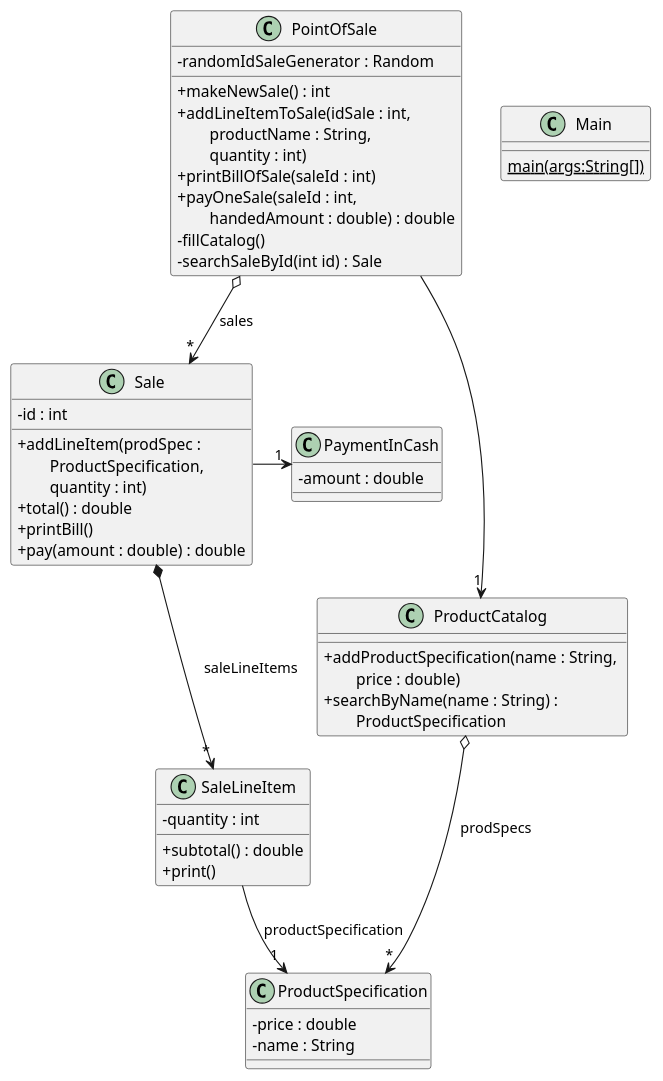
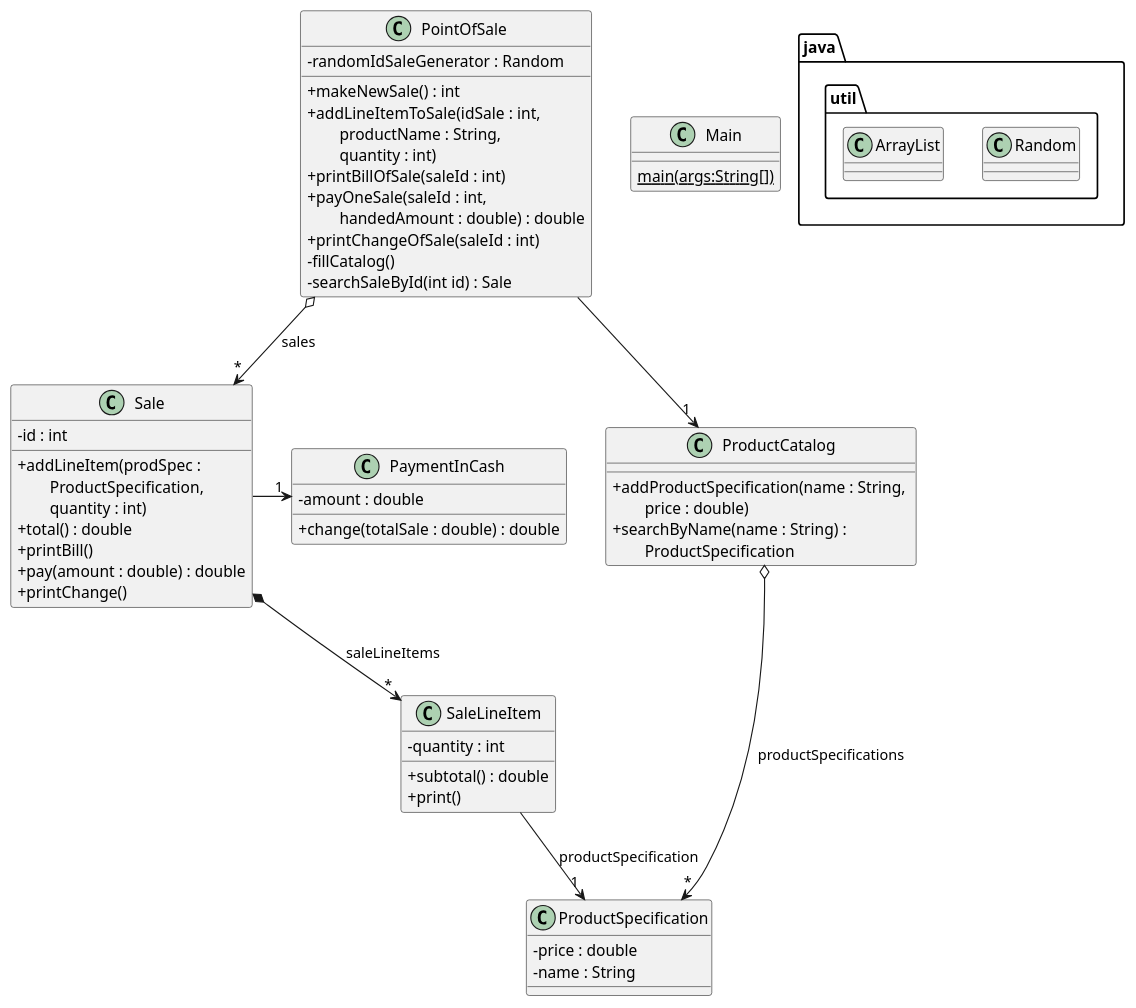
One commit to nilcamprubi/PointOfSale changed the diagram in src/pos.puml. Above: the diagram before and after it, drawn with PlantUML. The commit also changed 5 other files, not shown here.

```diff
--- a/src/pos.puml
+++ b/src/pos.puml
@@ -1,54 +1,62 @@
 @startuml
 'https://plantuml.com/class-diagram
 skinparam classAttributeIconSize 0
 
 class Main {
 {static} main(args:String[])
+}
+
+package java.util {
+class Random
+class ArrayList
 }
 
 class PointOfSale {
 '- idLastSale : int
 - randomIdSaleGenerator : Random
 + makeNewSale() : int
 + addLineItemToSale(idSale : int, \n\tproductName : String,\n\tquantity : int)
 + printBillOfSale(saleId : int)
 + payOneSale(saleId : int, \n\thandedAmount : double) : double
++ printChangeOfSale(saleId : int)
 - fillCatalog()
 - searchSaleById(int id) : Sale
 }
 
 class ProductCatalog {
 + addProductSpecification(name : String, \n\tprice : double)
 + searchByName(name : String) : \n\tProductSpecification
 }
 
 class ProductSpecification {
 - price : double
 - name : String
 }
 
 class Sale {
 - id : int
 + addLineItem(prodSpec : \n\tProductSpecification, \n\tquantity : int)
 + total() : double
 + printBill()
 + pay(amount : double) : double
++ printChange()
 }
 
 class PaymentInCash {
 - amount : double
++ change(totalSale : double) : double
 }
 
 class SaleLineItem {
 - quantity : int
 + subtotal() : double
 + print()
 }
 
 PointOfSale o--> "*" Sale : sales
 Sale *--> "*" SaleLineItem : saleLineItems
 SaleLineItem --> "1" ProductSpecification : productSpecification
 PointOfSale --> "1" ProductCatalog
-ProductCatalog o--> "*" ProductSpecification : prodSpecs
+ProductCatalog o--> "*" ProductSpecification : productSpecifications
 Sale -> "1" PaymentInCash
 @enduml
```
